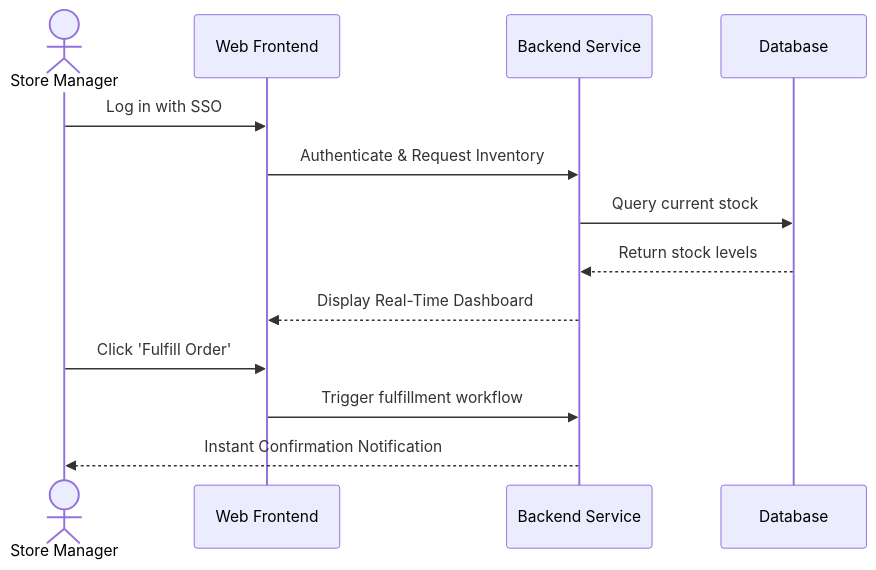
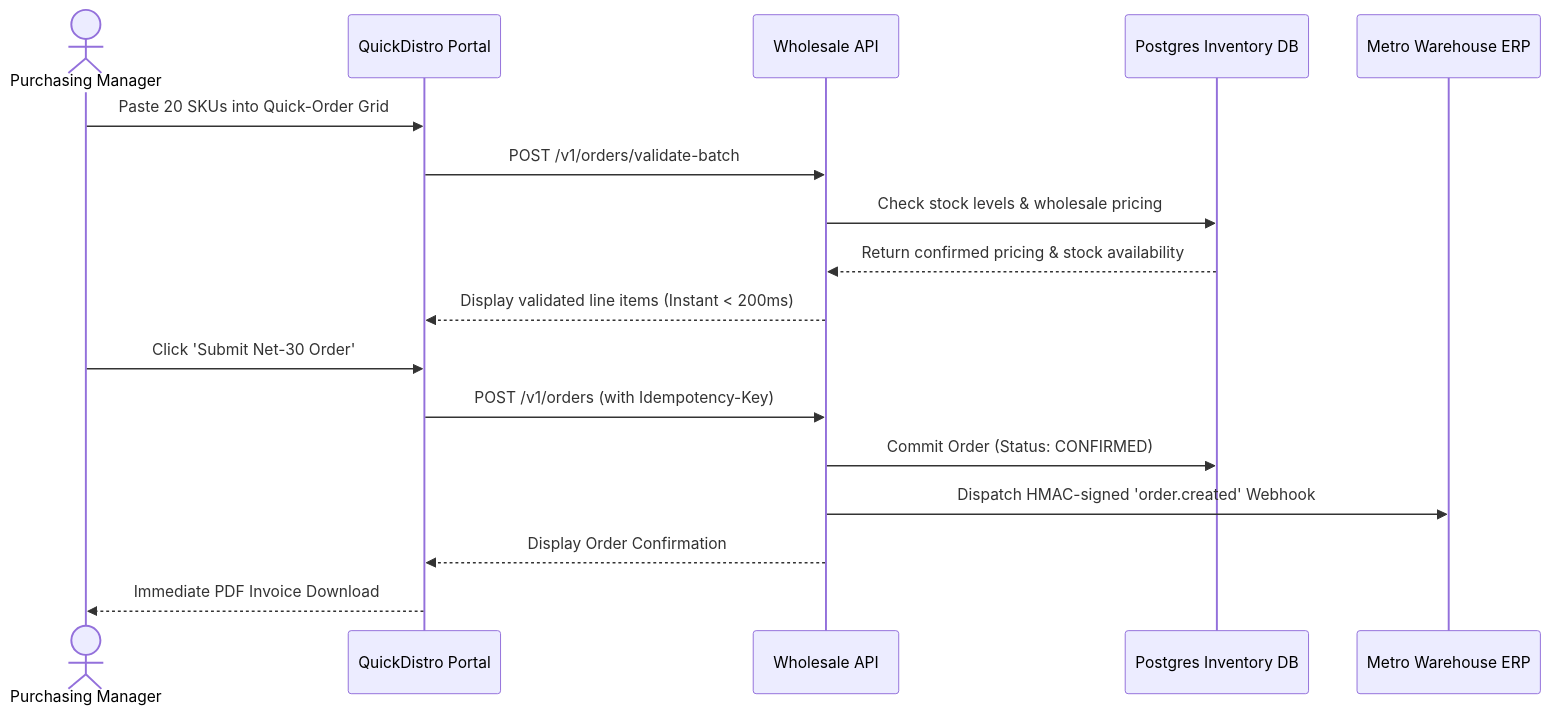
The diagram in examples/b2b-ordering-mvp/docs/PRD.md (nihaljangave/sdlc-std-roles), drawn with Mermaid before and after one commit. The commit also changed other lines of this file and 5 other files, not shown here.

First line of the commit message:
docs(example): populate QuickDistro B2B reference project with real-world PRD, SAD, and charter

````diff
--- a/examples/b2b-ordering-mvp/docs/PRD.md
+++ b/examples/b2b-ordering-mvp/docs/PRD.md
@@ -50,16 +56,20 @@
 ```mermaid
 sequenceDiagram
-    actor User as Store Manager
-    participant App as Web Frontend
-    participant API as Backend Service
-    participant DB as Database
+    actor User as Purchasing Manager
+    participant App as QuickDistro Portal
+    participant API as Wholesale API
+    participant DB as Postgres Inventory DB
+    participant ERP as Metro Warehouse ERP
 
-    User->>App: Log in with SSO
-    App->>API: Authenticate & Request Inventory
-    API->>DB: Query current stock
-    DB-->>API: Return stock levels
-    API-->>App: Display Real-Time Dashboard
-    User->>App: Click 'Fulfill Order'
-    App->>API: Trigger fulfillment workflow
-    API-->>User: Instant Confirmation Notification
+    User->>App: Paste 20 SKUs into Quick-Order Grid
+    App->>API: POST /v1/orders/validate-batch
+    API->>DB: Check stock levels & wholesale pricing
+    DB-->>API: Return confirmed pricing & stock availability
+    API-->>App: Display validated line items (Instant < 200ms)
+    User->>App: Click 'Submit Net-30 Order'
+    App->>API: POST /v1/orders (with Idempotency-Key)
+    API->>DB: Commit Order (Status: CONFIRMED)
+    API->>ERP: Dispatch HMAC-signed 'order.created' Webhook
+    API-->>App: Display Order Confirmation #ORD-88291
+    App-->>User: Immediate PDF Invoice Download
 ```
````
